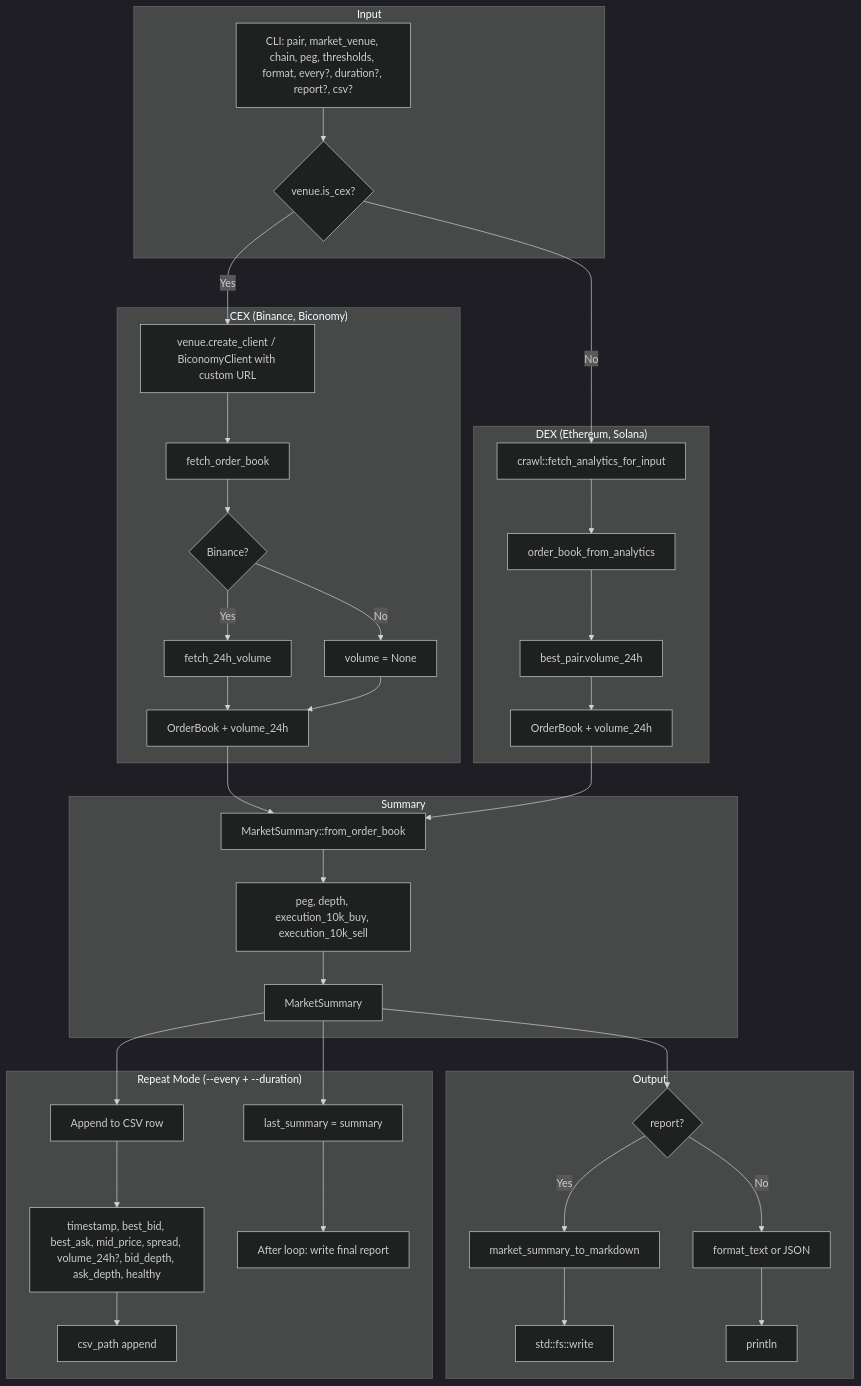
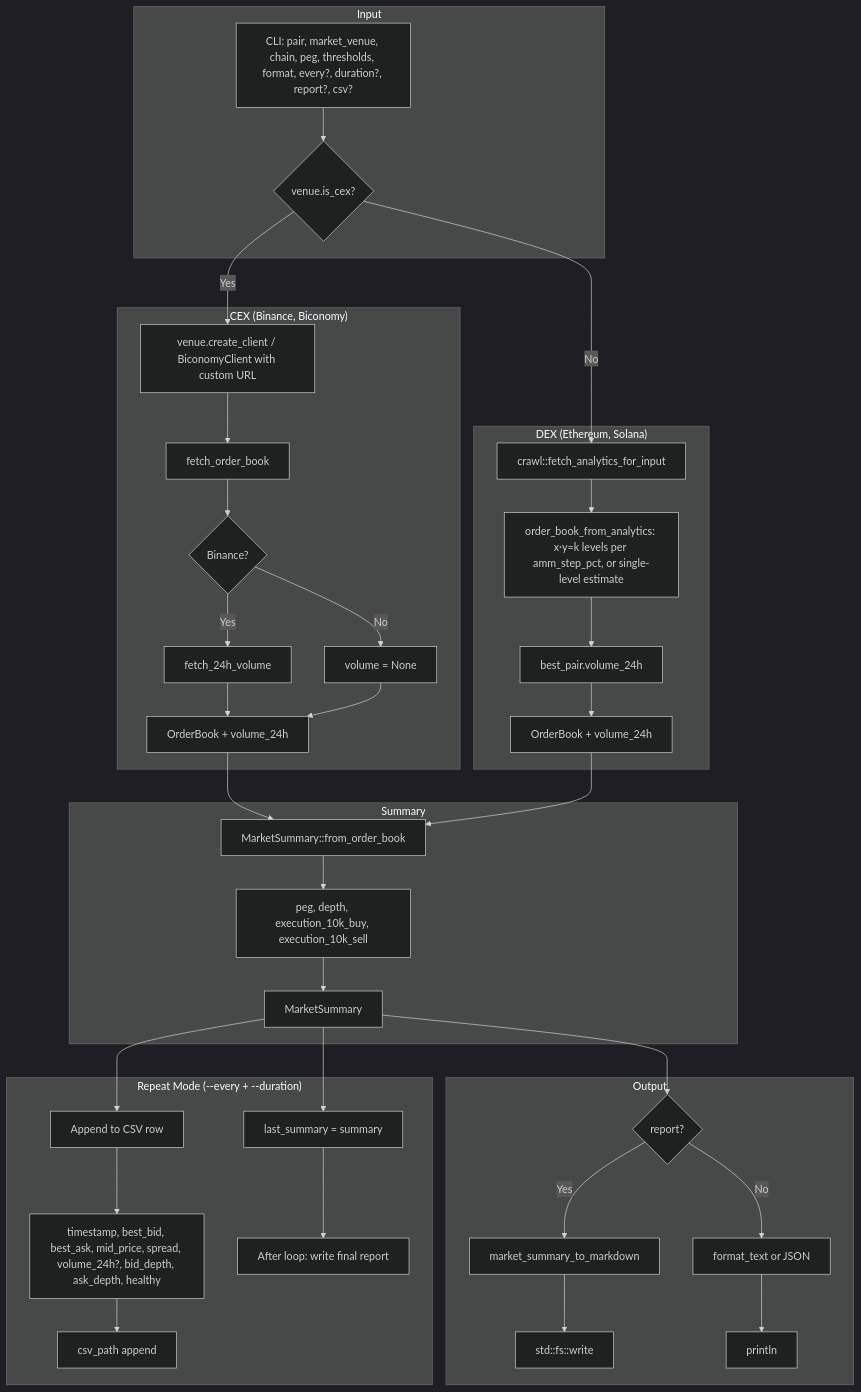
The diagram in docs/architecture/dataflow-market.md (robot-accomplice/scope-blockchain-analysis), drawn with Mermaid (dark theme) before and after one commit. The commit also changed other lines of this file and 17 other files, not shown here.

First line of the commit message:
feat(market): build the DEX order book from the AMM curve (#37)

````diff
--- a/docs/architecture/dataflow-market.md
+++ b/docs/architecture/dataflow-market.md
@@ -7,47 +7,47 @@
 ```mermaid
 flowchart TB
     subgraph Input
         A[CLI: pair, market_venue, chain, peg, thresholds, format, every?, duration?, report?, csv?]
         A --> B{venue.is_cex?}
     end
 
     subgraph CEX["CEX (Binance, Biconomy)"]
         B -->|Yes| C1[venue.create_client / BiconomyClient with custom URL]
         C1 --> C2[fetch_order_book]
         C2 --> C3{Binance?}
         C3 -->|Yes| C4[fetch_24h_volume]
         C3 -->|No| C5[volume = None]
         C4 --> C6[OrderBook + volume_24h]
         C5 --> C6
     end
 
     subgraph DEX["DEX (Ethereum, Solana)"]
         B -->|No| D1[crawl::fetch_analytics_for_input]
-        D1 --> D2[order_book_from_analytics]
+        D1 --> D2[order_book_from_analytics: x·y=k levels per amm_step_pct, or single-level estimate]
         D2 --> D3[best_pair.volume_24h]
         D3 --> D4[OrderBook + volume_24h]
     end
 
     subgraph Summary
         C6 --> E[MarketSummary::from_order_book]
         D4 --> E
         E --> F[peg, depth, execution_10k_buy, execution_10k_sell]
         F --> G[MarketSummary]
     end
 
     subgraph Output
         G --> H{report?}
         H -->|Yes| I[market_summary_to_markdown]
         I --> J[std::fs::write]
         H -->|No| K[format_text or JSON]
         K --> L[println]
     end
 
     subgraph RepeatMode["Repeat Mode (--every + --duration)"]
         G --> M[Append to CSV row]
         M --> N[timestamp, best_bid, best_ask, mid_price, spread, volume_24h?, bid_depth, ask_depth, healthy]
         N --> O[csv_path append]
         G --> P[last_summary = summary]
         P --> Q[After loop: write final report]
     end
 ```
````
